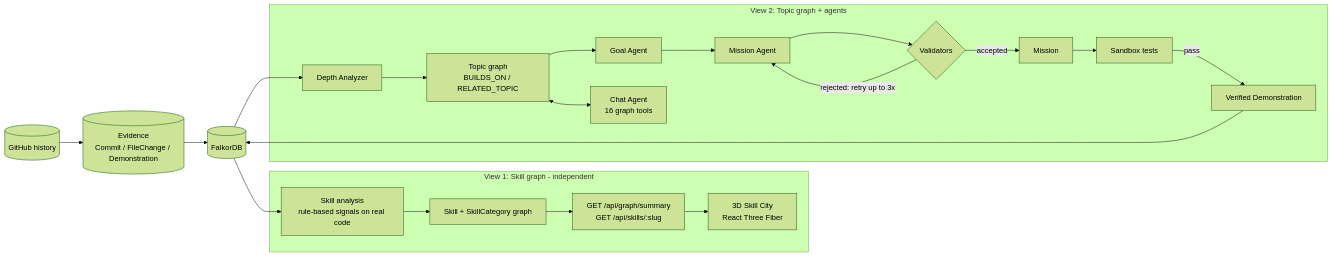
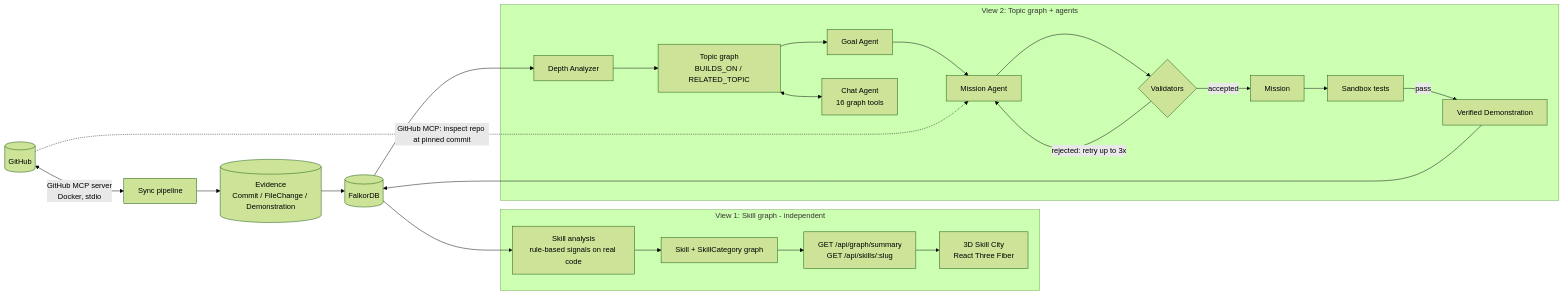
One commit to AymaanPathan/pathaway.io changed the first of 13 diagrams in README.md. Above: the diagram before and after it, drawn with Mermaid (forest theme). The commit also changed other lines of this file, not shown here.

Commit message:
Update README with GitHub MCP server details and sync pipeline enhancements

````diff
--- a/README.md
+++ b/README.md
@@ -61,24 +63,26 @@
 ```mermaid
 flowchart LR
-    GH[(GitHub history)] --> EV[(Evidence<br/>Commit / FileChange / Demonstration)]
+    GH[(GitHub)] <-->|GitHub MCP server<br/>Docker, stdio| SYNC[Sync pipeline]
+    SYNC --> EV[(Evidence<br/>Commit / FileChange / Demonstration)]
     EV --> DB[(FalkorDB)]
 
     subgraph A[View 1: Skill graph - independent]
         SK[Skill analysis<br/>rule-based signals on real code] --> SG[Skill + SkillCategory graph]
         SG --> API1["GET /api/graph/summary<br/>GET /api/skills/:slug"] --> CITY["3D Skill City<br/>React Three Fiber"]
     end
 
     subgraph B[View 2: Topic graph + agents]
         DA[Depth Analyzer] --> TG[Topic graph<br/>BUILDS_ON / RELATED_TOPIC]
         TG --> GA[Goal Agent] --> MA[Mission Agent]
         MA --> V{Validators}
         V -->|rejected: retry up to 3x| MA
         V -->|accepted| M[Mission] --> SB[Sandbox tests]
         SB -->|pass| VE[Verified Demonstration]
         TG <--> CH[Chat Agent<br/>16 graph tools]
     end
 
     DB --> SK
     DB --> DA
     VE --> DB
+    GH -.->|GitHub MCP: inspect repo at pinned commit| MA
 ```
````
